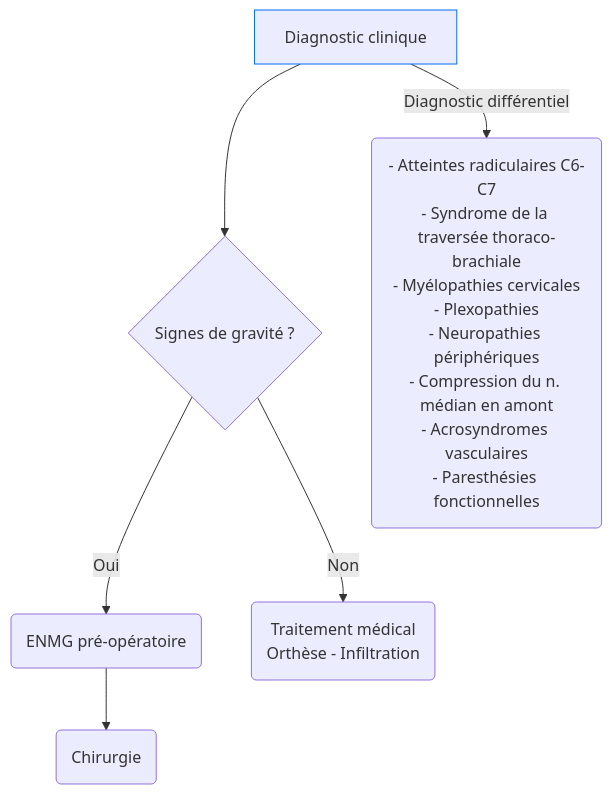
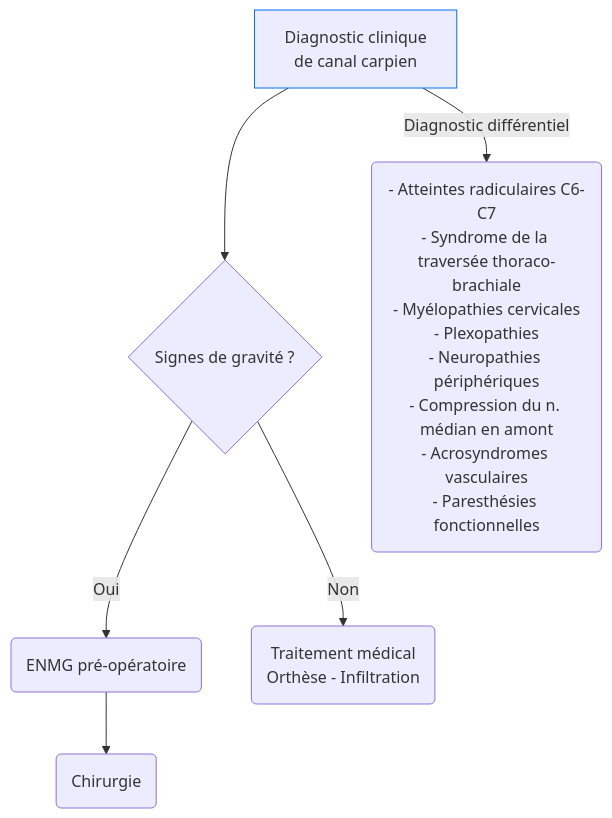
The diagram in content/recommandations/canal-carpien.md (djibe/recommandations-medicales), drawn with Mermaid before and after one commit. The commit also changed other lines of this file and 18 other files, not shown here.

```diff
--- a/content/recommandations/canal-carpien.md
+++ b/content/recommandations/canal-carpien.md
@@ -185,8 +193,8 @@
 {{< mermaid title="Conduite à tenir devant un syndrome du canal carpien" >}}
 graph TD
-diagnostic["Diagnostic clinique"] --> gravite{"Signes de gravité ?"}
+diagnostic["Diagnostic clinique<br>de canal carpien"] --> gravite{Signes de gravité ?}
 style diagnostic stroke:#006ef4, stroke-width:1px
 diagnostic --"Diagnostic différentiel"--> differentiel("- Atteintes radiculaires C6-C7<br>- Syndrome de la traversée thoraco-brachiale<br>- Myélopathies cervicales<br>- Plexopathies<br>- Neuropathies périphériques<br>- Compression du n. médian en amont<br>- Acrosyndromes vasculaires<br>- Paresthésies fonctionnelles")
   gravite -- Oui --> emg(ENMG pré-opératoire) --> chir("Chirurgie")
   gravite -- Non --> medical(Traitement médical<br>Orthèse - Infiltration)
 {{< /mermaid >}}
```
